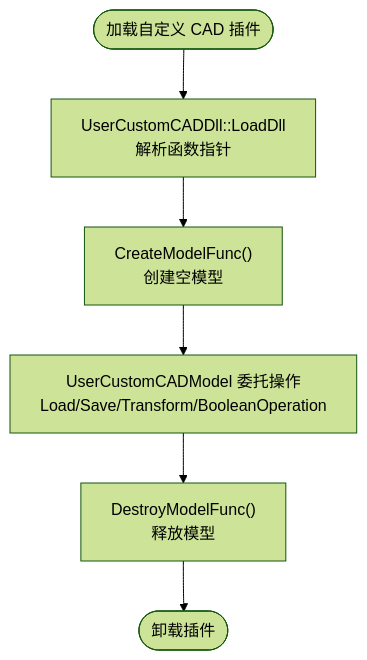
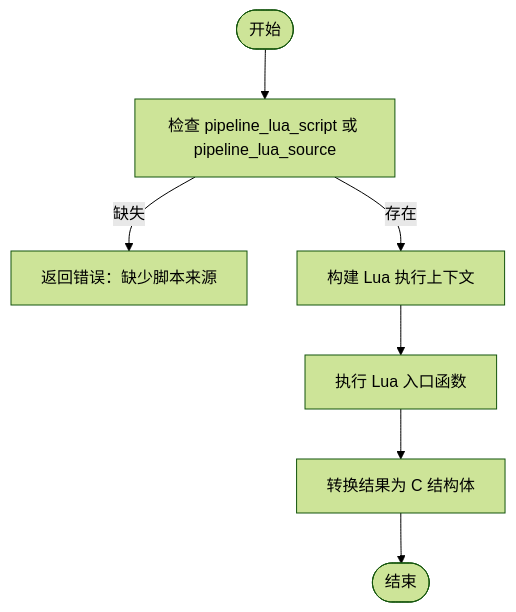
The fourth of 6 diagrams in .qoder/repowiki/zh/content/扩展开发指南/扩展开发指南.md (hsmbanlance/HsBaSlicer), drawn with Mermaid (forest theme) before and after one commit. The commit also changed other lines of this file and 1095 other files, not shown here.

````diff
--- a/.qoder/repowiki/zh/content/扩展开发指南/扩展开发指南.md
+++ b/.qoder/repowiki/zh/content/扩展开发指南/扩展开发指南.md
@@ -188,8 +189,9 @@
 ```mermaid
 flowchart TD
-Start(["加载自定义 CAD 插件"]) --> LoadDll["UserCustomCADDll::LoadDll<br/>解析函数指针"]
-LoadDll --> CreateModel["CreateModelFunc()<br/>创建空模型"]
-CreateModel --> UseModel["UserCustomCADModel 委托操作<br/>Load/Save/Transform/BooleanOperation"]
-UseModel --> DestroyModel["DestroyModelFunc()<br/>释放模型"]
-DestroyModel --> End(["卸载插件"])
+Start(["开始"]) --> Check["检查 pipeline_lua_script 或 pipeline_lua_source"]
+Check --> |缺失| Error["返回错误：缺少脚本来源"]
+Check --> |存在| BuildCtx["构建 Lua 执行上下文"]
+BuildCtx --> Run["执行 Lua 入口函数"]
+Run --> Convert["转换结果为 C 结构体"]
+Convert --> End(["结束"])
 ```
````
